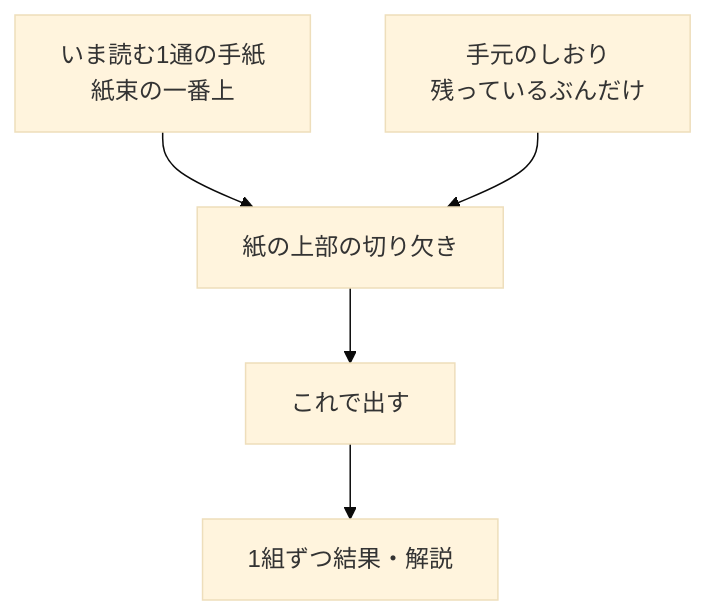
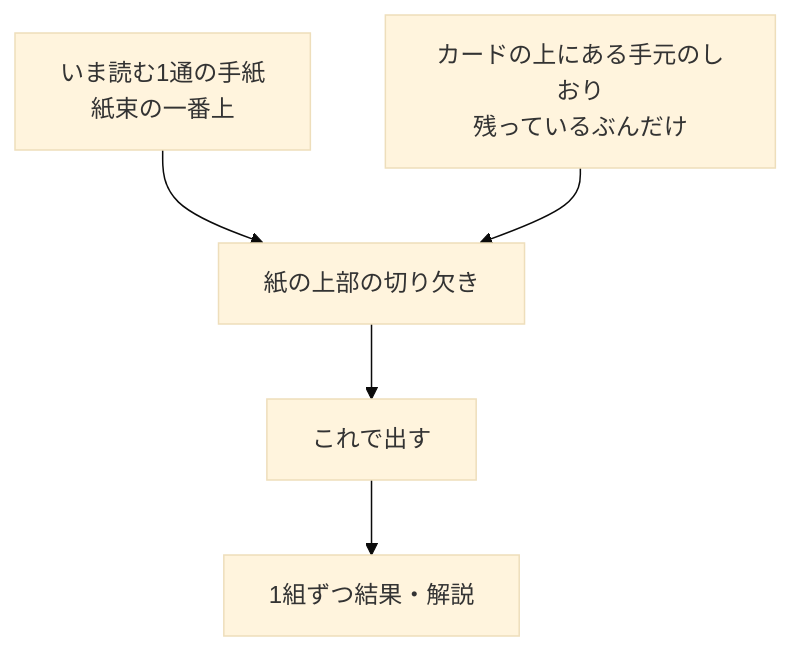
One commit to Digix00/58-Hackathon-202609 changed the diagram in docs/requirements/screens/quiz.md. Above: the diagram before and after it, drawn with Mermaid (base theme). The commit also changed other lines of this file and 2 other files, not shown here.

Commit message:
feat(quiz): クイズ画面のレイアウトとスタイルを改善
* しおりと切り欠きの表示を調整し、ユーザー体験を向上
* CSSのグリッド設定を変更し、レイアウトの一貫性を確保
* タグの表示位置を見直し、視認性を向上

````diff
--- a/docs/requirements/screens/quiz.md
+++ b/docs/requirements/screens/quiz.md
@@ -13,12 +13,12 @@
 ```mermaid
 flowchart TB
   Letter["いま読む1通の手紙<br/>紙束の一番上"]
   Slot["紙の上部の切り欠き"]
-  Tray["手元のしおり<br/>残っているぶんだけ"]
+  Tray["カードの上にある手元のしおり<br/>残っているぶんだけ"]
   Send["これで出す"]
   Result["1組ずつ結果・解説"]
 
   Letter --> Slot
   Tray --> Slot
   Slot --> Send --> Result
 ```
````
